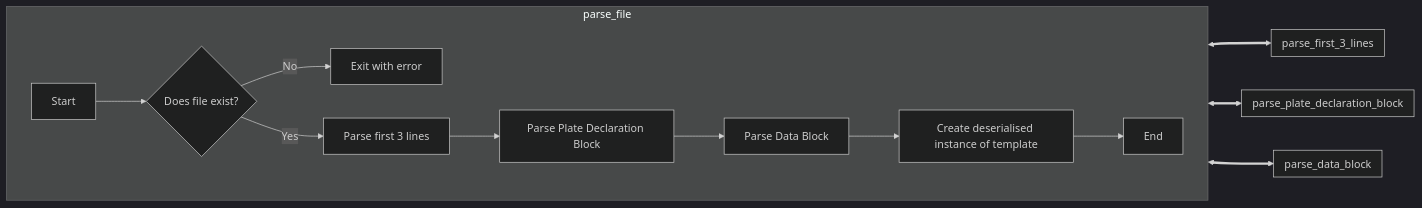
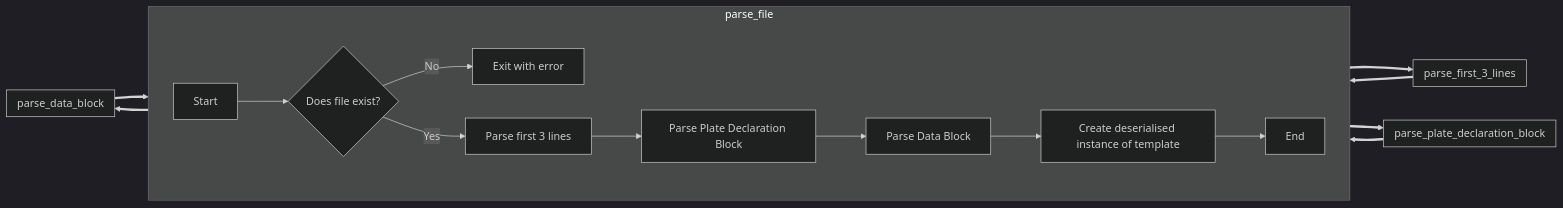
One commit to H-Shakeshaft/well-plate-generator changed the second of 5 diagrams in docs/docs/implementation-notes/internals.md. Above: the diagram before and after it, drawn with Mermaid (dark theme). The commit also changed other lines of this file and 4 other files, not shown here.

````diff
--- a/docs/docs/implementation-notes/internals.md
+++ b/docs/docs/implementation-notes/internals.md
@@ -26,24 +26,29 @@
 ```mermaid
 flowchart LR
     subgraph parse_file
         direction LR
         a1[Start] --> b1{Does file exist?};
         b1 --> |No| c1[Exit with error];
         b1 --> |Yes| d1[Parse first 3 lines]; 
         d1 --> e1[Parse Plate Declaration Block];
         e1 --> f1[Parse Data Block];
         f1 --> g1[Create deserialised instance of template];
         g1 --> h1[End];
     end
     
     subgraph parse_first_3_lines
     end
     subgraph parse_plate_declaration_block
     end
     subgraph parse_data_block
     end
     
-    d1 <==> parse_first_3_lines;
-    e1 <==> parse_plate_declaration_block;
-    f1 <==> parse_data_block;
+    d1 ==> parse_first_3_lines;
+    parse_first_3_lines ==> d1;
+
+    e1 ==> parse_plate_declaration_block;
+    parse_plate_declaration_block ==> e1;
+    
+    f1 ==> parse_data_block;
+    parse_data_block ==> f1;
 ```
````
